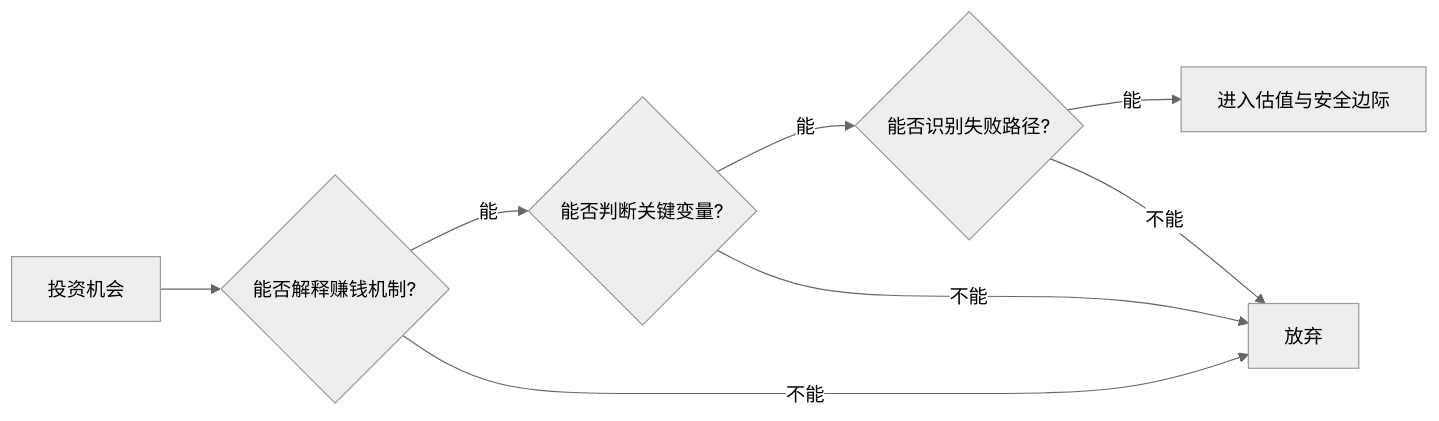
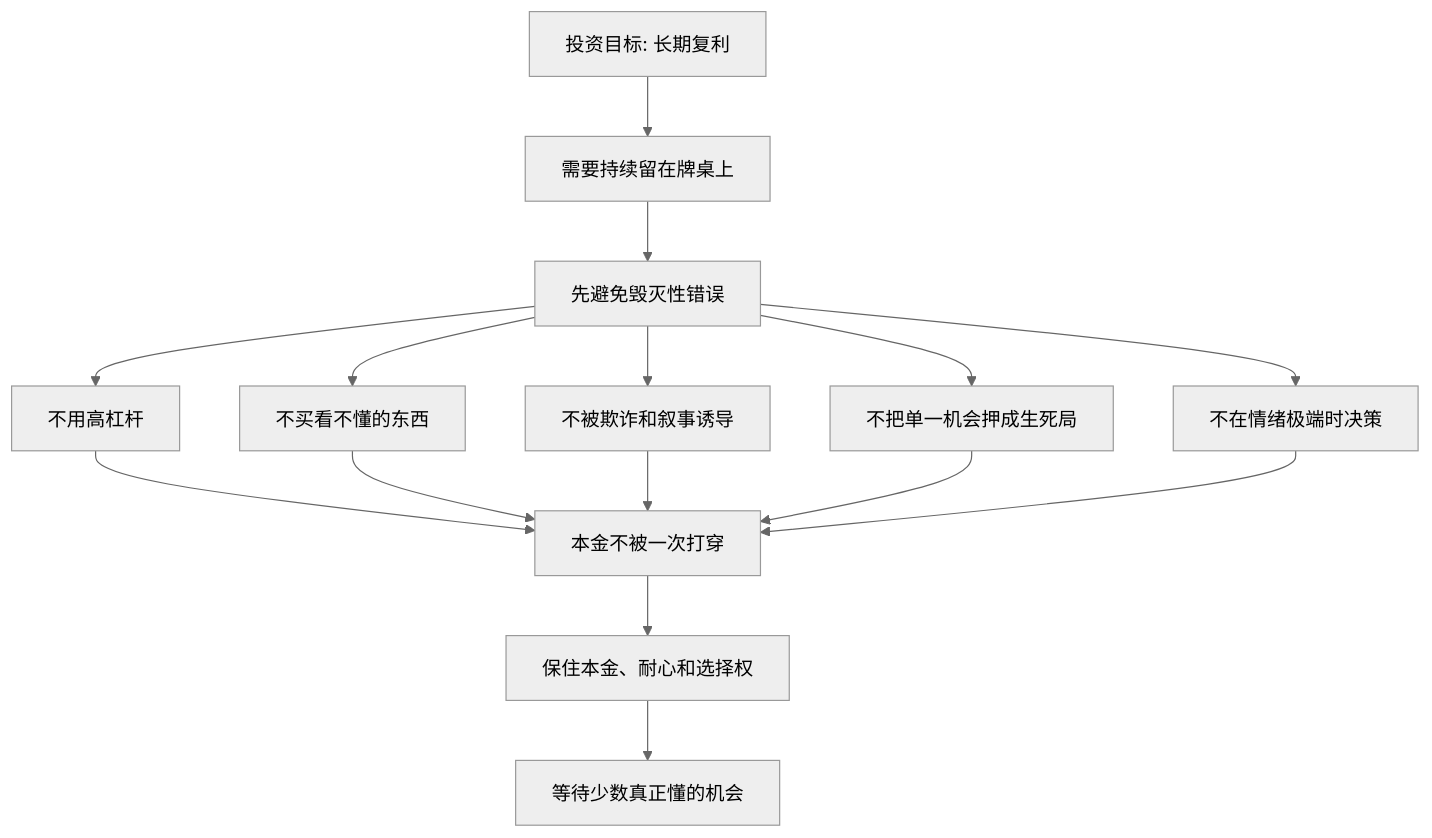
One commit to digoal/blog changed the diagram in 202605/20260519_27.md. Above: the diagram before and after it, drawn with Mermaid (neutral theme). The commit also changed other lines of this file and 51 other files, not shown here.

````diff
--- a/202605/20260519_27.md
+++ b/202605/20260519_27.md
@@ -22,10 +22,17 @@
 ```mermaid
-flowchart LR
-  A["投资机会"] --> B{"能否解释赚钱机制?"}
-  B -- "能" --> C{"能否判断关键变量?"}
-  B -- "不能" --> X["放弃"]
-  C -- "能" --> D{"能否识别失败路径?"}
-  C -- "不能" --> X
-  D -- "能" --> E["进入估值与安全边际"]
-  D -- "不能" --> X
+flowchart TD
+  A["投资目标: 长期复利"] --> B["需要持续留在牌桌上"]
+  B --> C["先避免毁灭性错误"]
+  C --> D["不用高杠杆"]
+  C --> E["不买看不懂的东西"]
+  C --> F["不被欺诈和叙事诱导"]
+  C --> G["不把单一机会押成生死局"]
+  C --> H["不在情绪极端时决策"]
+  D --> I["本金不被一次打穿"]
+  E --> I
+  F --> I
+  G --> I
+  H --> I
+  I --> J["保住本金、耐心和选择权"]
+  J --> K["等待少数真正懂的机会"]
 ```
````
